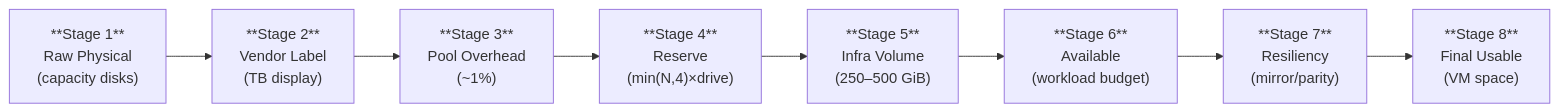
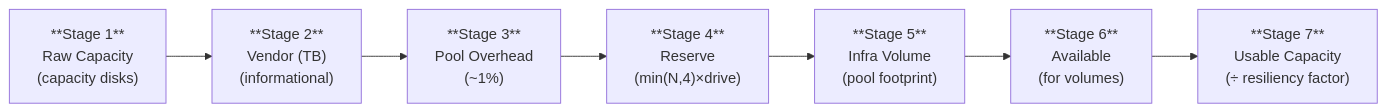
The diagram in docs/capacity-math.md (AzureLocal/azurelocal-S2DCartographer), drawn with Mermaid before and after one commit. The commit also changed other lines of this file and 13 other files, not shown here.

````diff
--- a/docs/capacity-math.md
+++ b/docs/capacity-math.md
@@ -9,13 +9,12 @@
 ```mermaid
 flowchart LR
-    S1["**Stage 1**\nRaw Physical\n(capacity disks)"]
-    S2["**Stage 2**\nVendor Label\n(TB display)"]
+    S1["**Stage 1**\nRaw Capacity\n(capacity disks)"]
+    S2["**Stage 2**\nVendor (TB)\n(informational)"]
     S3["**Stage 3**\nPool Overhead\n(~1%)"]
     S4["**Stage 4**\nReserve\n(min(N,4)×drive)"]
-    S5["**Stage 5**\nInfra Volume\n(250–500 GiB)"]
-    S6["**Stage 6**\nAvailable\n(workload budget)"]
-    S7["**Stage 7**\nResiliency\n(mirror/parity)"]
-    S8["**Stage 8**\nFinal Usable\n(VM space)"]
+    S5["**Stage 5**\nInfra Volume\n(pool footprint)"]
+    S6["**Stage 6**\nAvailable\n(for volumes)"]
+    S7["**Stage 7**\nUsable Capacity\n(÷ resiliency factor)"]
 
-    S1 --> S2 --> S3 --> S4 --> S5 --> S6 --> S7 --> S8
+    S1 --> S2 --> S3 --> S4 --> S5 --> S6 --> S7
 ```
````
